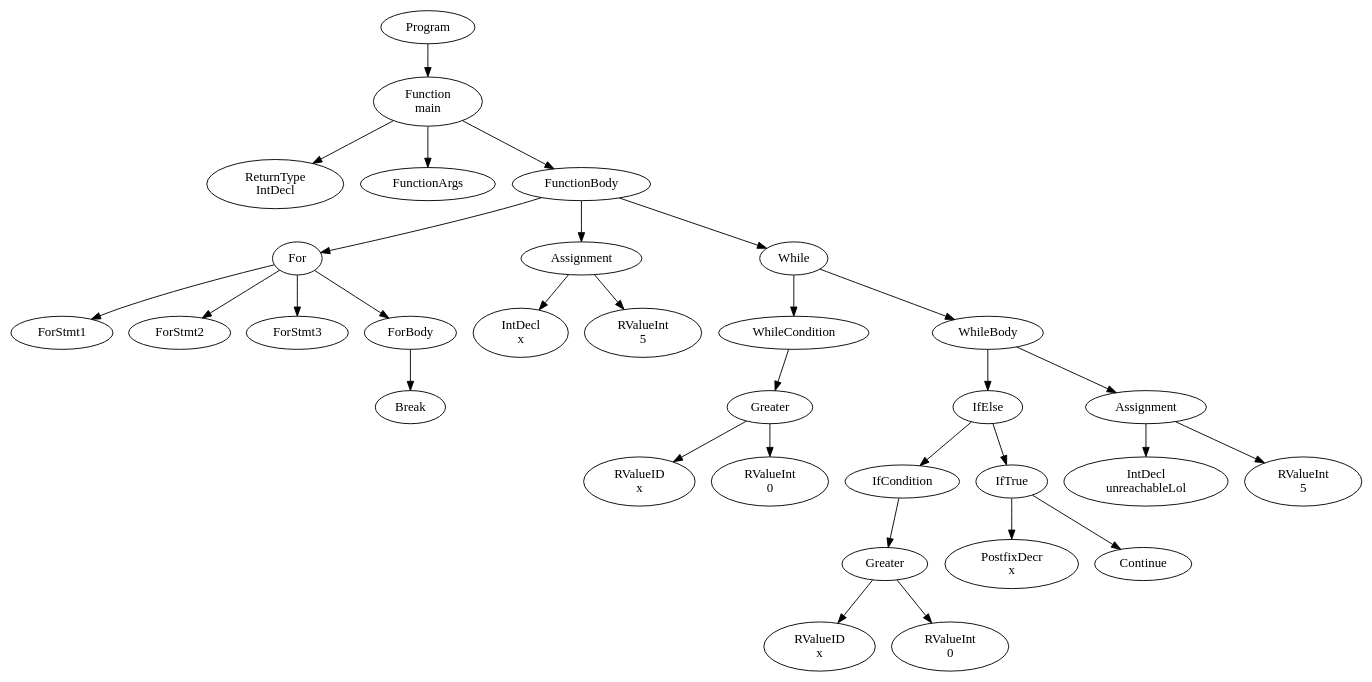
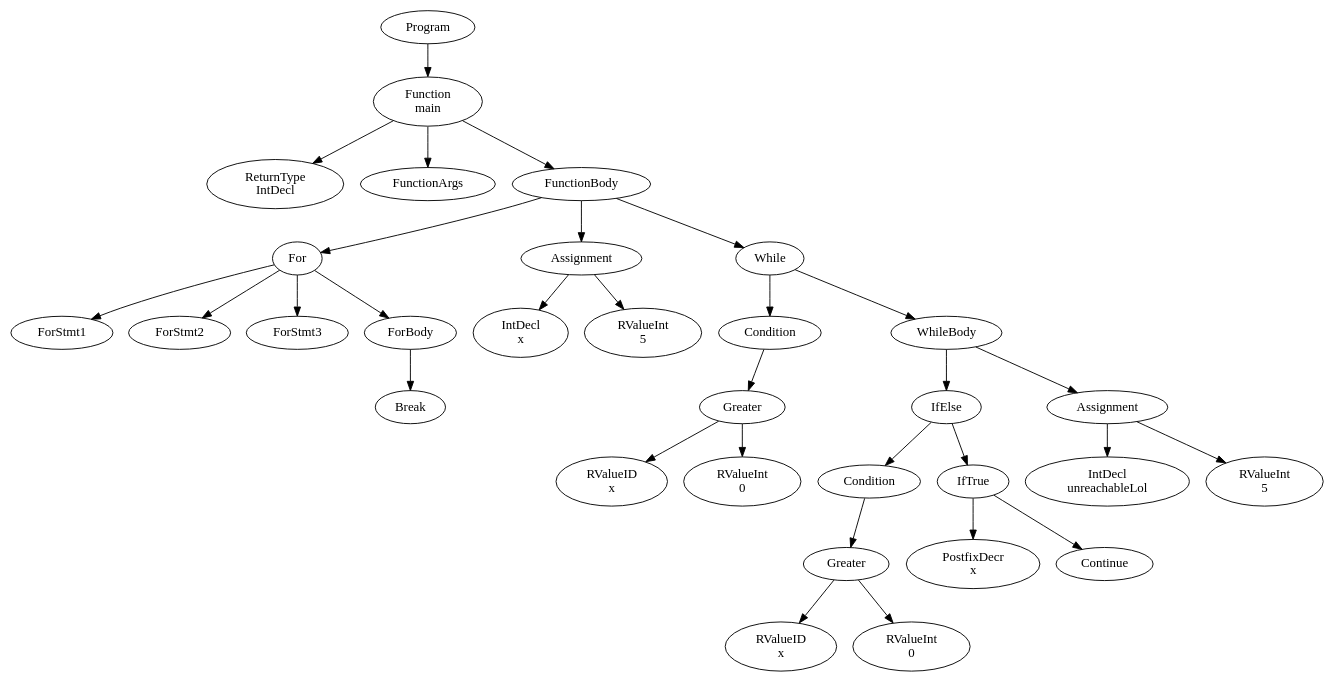
Before and after one commit to FedericoQuin/Compilers: the diagram in official/res/solutions/break_continue.dot, drawn with Graphviz. The commit also changed 15 other files, not shown here.

```diff
--- a/official/res/solutions/break_continue.dot
+++ b/official/res/solutions/break_continue.dot
@@ -1,63 +1,63 @@
 digraph AST {
 1 [label="Program"];
 2 [label="Function \nmain"];
 3 [label="ReturnType \nIntDecl"];
 4 [label="FunctionArgs"];
 5 [label="FunctionBody"];
 6 [label="For"];
 7 [label="ForStmt1"];
 8 [label="ForStmt2"];
 9 [label="ForStmt3"];
 10 [label="ForBody"];
 11 [label="Break"];
 10 -> 11;
 6 -> 7;
 6 -> 8;
 6 -> 9;
 6 -> 10;
 12 [label="Assignment"];
 13 [label="IntDecl \nx"];
 14 [label="RValueInt \n5"];
 12 -> 13;
 12 -> 14;
 15 [label="While"];
-16 [label="WhileCondition"];
+16 [label="Condition"];
 17 [label="Greater"];
 18 [label="RValueID \nx"];
 19 [label="RValueInt \n0"];
 17 -> 18;
 17 -> 19;
 16 -> 17;
 20 [label="WhileBody"];
 21 [label="IfElse"];
-22 [label="IfCondition"];
+22 [label="Condition"];
 23 [label="Greater"];
 24 [label="RValueID \nx"];
 25 [label="RValueInt \n0"];
 23 -> 24;
 23 -> 25;
 22 -> 23;
 26 [label="IfTrue"];
 27 [label="PostfixDecr \nx"];
 28 [label="Continue"];
 26 -> 27;
 26 -> 28;
 21 -> 22;
 21 -> 26;
 29 [label="Assignment"];
 30 [label="IntDecl \nunreachableLol"];
 31 [label="RValueInt \n5"];
 29 -> 30;
 29 -> 31;
 20 -> 21;
 20 -> 29;
 15 -> 16;
 15 -> 20;
 5 -> 6;
 5 -> 12;
 5 -> 15;
 2 -> 3;
 2 -> 4;
 2 -> 5;
 1 -> 2;
 }
```
